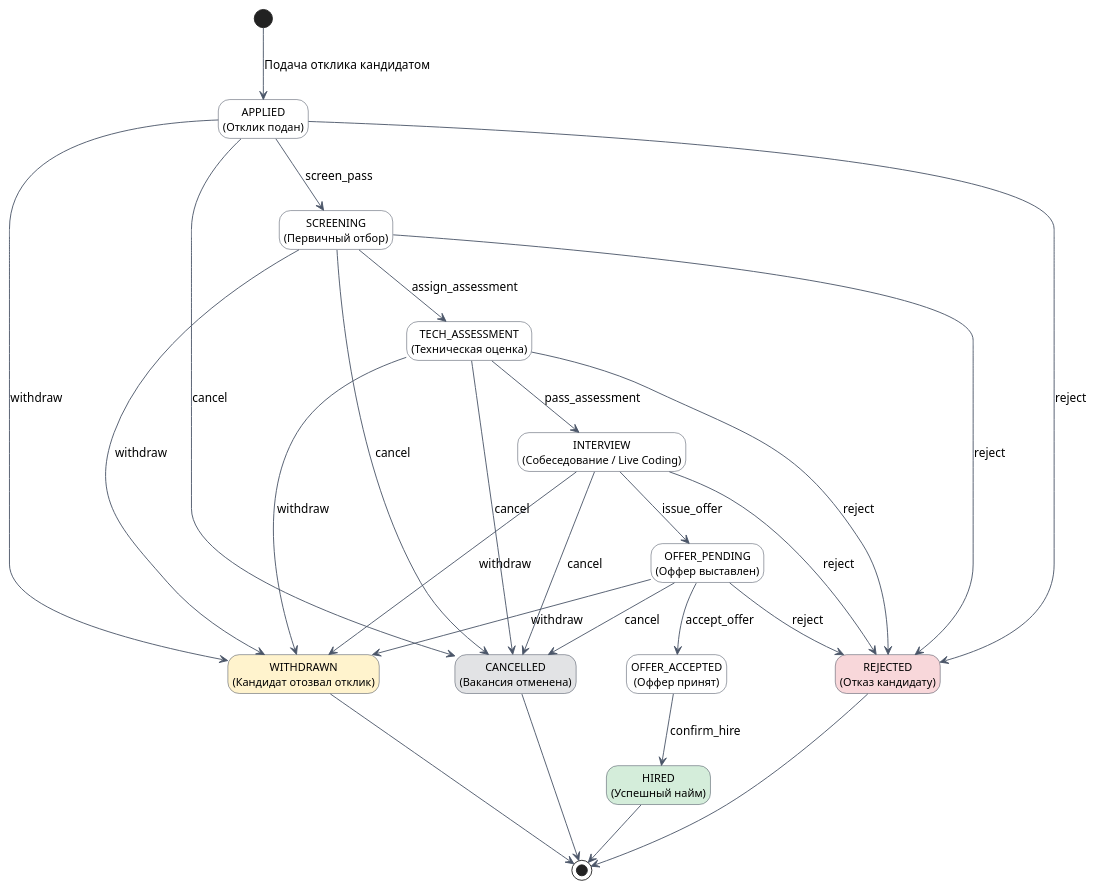
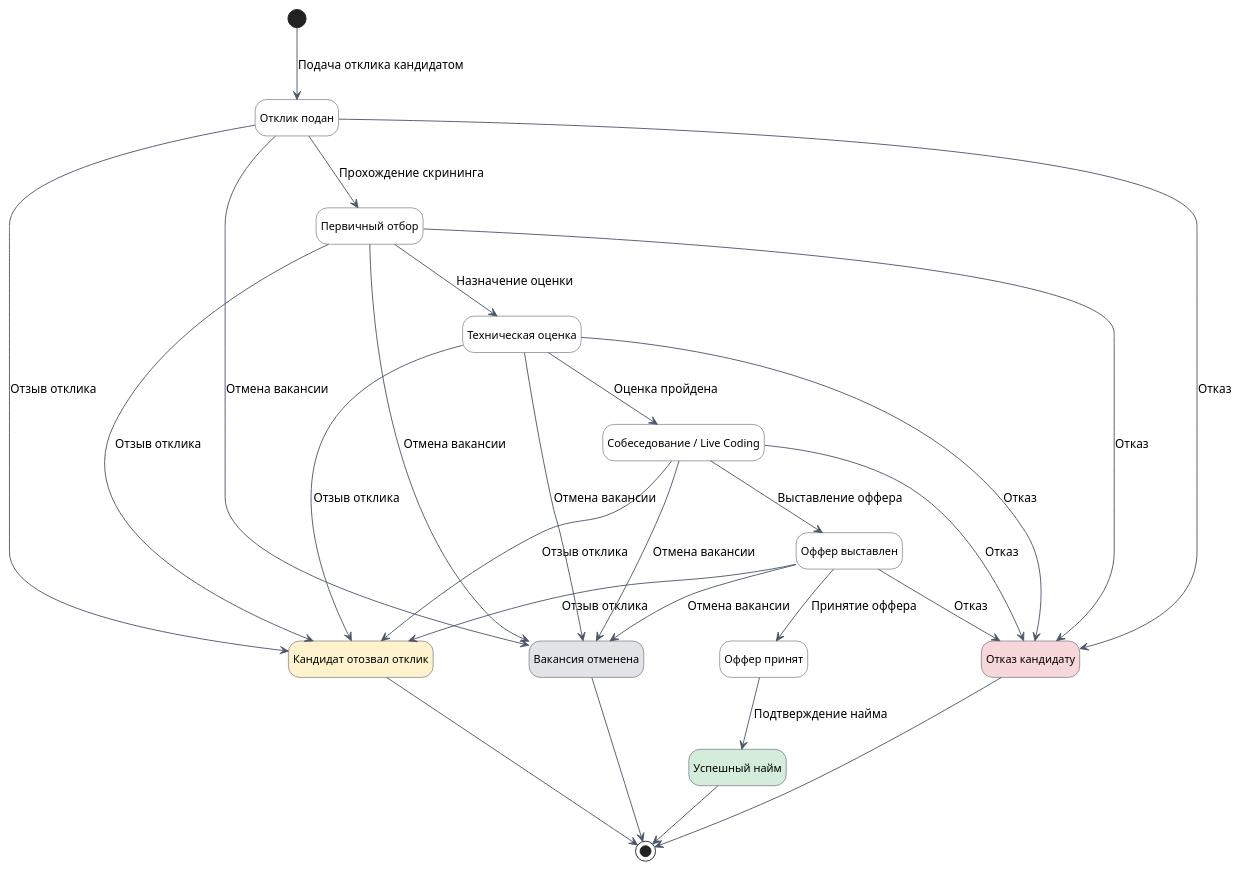
One commit to krackl1n/careeria changed the first of 3 diagrams in docs/project/01-general/01-identification-decomposition.md. Above: the diagram before and after it, drawn with PlantUML. The commit also changed other lines of this file and 2 other files, not shown here.

````diff
--- a/docs/project/01-general/01-identification-decomposition.md
+++ b/docs/project/01-general/01-identification-decomposition.md
@@ -72,59 +68,59 @@
 ```plantuml
 @startuml
 skinparam state {
   BackgroundColor White
   BorderColor #2D3748
   ArrowColor #4A5568
   FontName Arial
   FontSize 12
 }
 skinparam defaultFontName Arial
 hide empty description
 
-[*] --> APPLIED : Подача отклика кандидатом
+[*] --> S1 : Подача отклика кандидатом
 
-state "APPLIED\n(Отклик подан)" as APPLIED
-state "SCREENING\n(Первичный отбор)" as SCREENING
-state "TECH_ASSESSMENT\n(Техническая оценка)" as TECH_ASSESSMENT
-state "INTERVIEW\n(Собеседование / Live Coding)" as INTERVIEW
-state "OFFER_PENDING\n(Оффер выставлен)" as OFFER_PENDING
-state "OFFER_ACCEPTED\n(Оффер принят)" as OFFER_ACCEPTED
+state "Отклик подан" as S1
+state "Первичный отбор" as S2
+state "Техническая оценка" as S3
+state "Собеседование / Live Coding" as S4
+state "Оффер выставлен" as S5
+state "Оффер принят" as S6
 
-state "HIRED\n(Успешный найм)" as HIRED #D4EDDA
-state "REJECTED\n(Отказ кандидату)" as REJECTED #F8D7DA
-state "WITHDRAWN\n(Кандидат отозвал отклик)" as WITHDRAWN #FFF3CD
-state "CANCELLED\n(Вакансия отменена)" as CANCELLED #E2E3E5
+state "Успешный найм" as S7 #D4EDDA
+state "Отказ кандидату" as S8 #F8D7DA
+state "Кандидат отозвал отклик" as S9 #FFF3CD
+state "Вакансия отменена" as S10 #E2E3E5
 
 ' Основной позитивный путь воронки найма
-APPLIED --> SCREENING : screen_pass
-SCREENING --> TECH_ASSESSMENT : assign_assessment
-TECH_ASSESSMENT --> INTERVIEW : pass_assessment
-INTERVIEW --> OFFER_PENDING : issue_offer
-OFFER_PENDING --> OFFER_ACCEPTED : accept_offer
-OFFER_ACCEPTED --> HIRED : confirm_hire
+S1 --> S2 : Прохождение скрининга
+S2 --> S3 : Назначение оценки
+S3 --> S4 : Оценка пройдена
+S4 --> S5 : Выставление оффера
+S5 --> S6 : Принятие оффера
+S6 --> S7 : Подтверждение найма
 
 ' Переходы в терминальные состояния отказа и отзыва
-APPLIED --> REJECTED : reject
-SCREENING --> REJECTED : reject
-INTERVIEW --> REJECTED : reject
-TECH_ASSESSMENT --> REJECTED : reject
-OFFER_PENDING --> REJECTED : reject
+S1 --> S8 : Отказ
+S2 --> S8 : Отказ
+S3 --> S8 : Отказ
+S4 --> S8 : Отказ
+S5 --> S8 : Отказ
 
-APPLIED --> WITHDRAWN : withdraw
-SCREENING --> WITHDRAWN : withdraw
-INTERVIEW --> WITHDRAWN : withdraw
-TECH_ASSESSMENT --> WITHDRAWN : withdraw
-OFFER_PENDING --> WITHDRAWN : withdraw
+S1 --> S9 : Отзыв отклика
+S2 --> S9 : Отзыв отклика
+S3 --> S9 : Отзыв отклика
+S4 --> S9 : Отзыв отклика
+S5 --> S9 : Отзыв отклика
 
-APPLIED --> CANCELLED : cancel
-SCREENING --> CANCELLED : cancel
-INTERVIEW --> CANCELLED : cancel
-TECH_ASSESSMENT --> CANCELLED : cancel
-OFFER_PENDING --> CANCELLED : cancel
+S1 --> S10 : Отмена вакансии
+S2 --> S10 : Отмена вакансии
+S3 --> S10 : Отмена вакансии
+S4 --> S10 : Отмена вакансии
+S5 --> S10 : Отмена вакансии
 
-HIRED --> [*]
-REJECTED --> [*]
-WITHDRAWN --> [*]
-CANCELLED --> [*]
+S7 --> [*]
+S8 --> [*]
+S9 --> [*]
+S10 --> [*]
 @enduml
 ```
````
